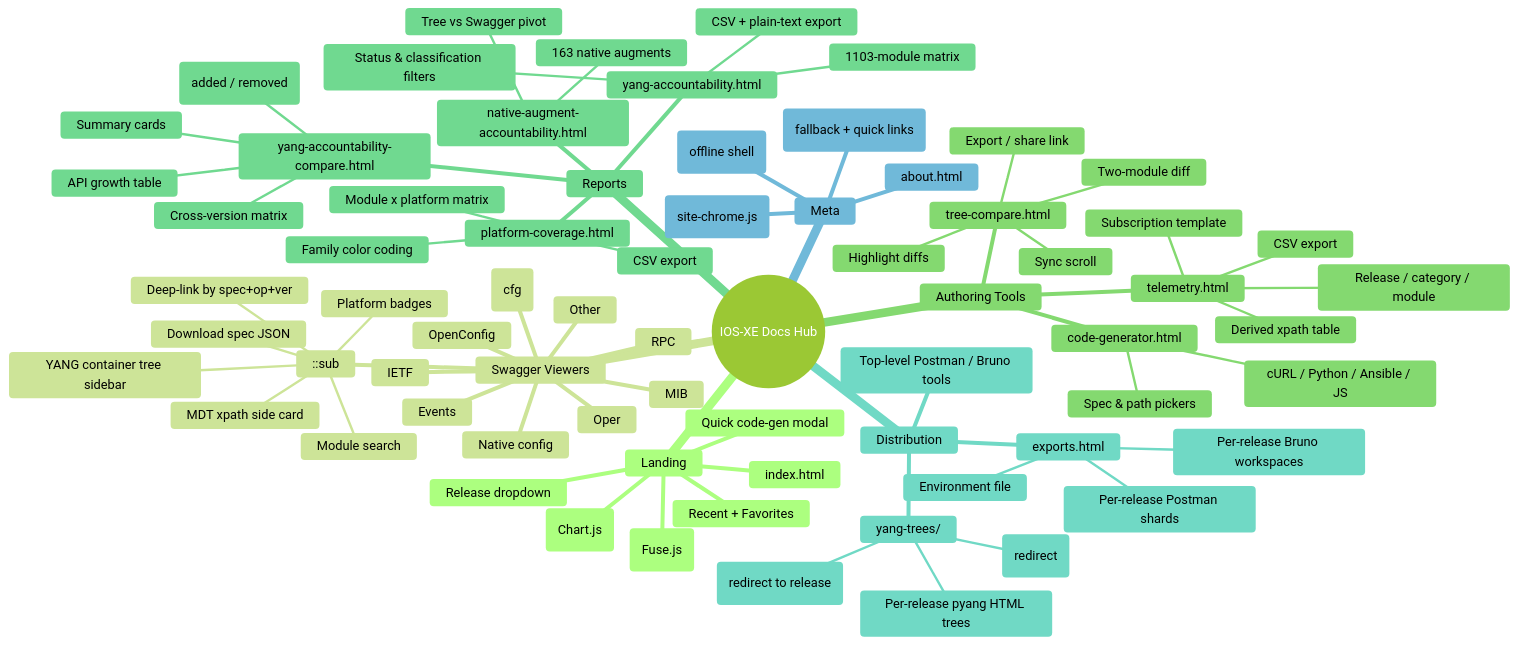
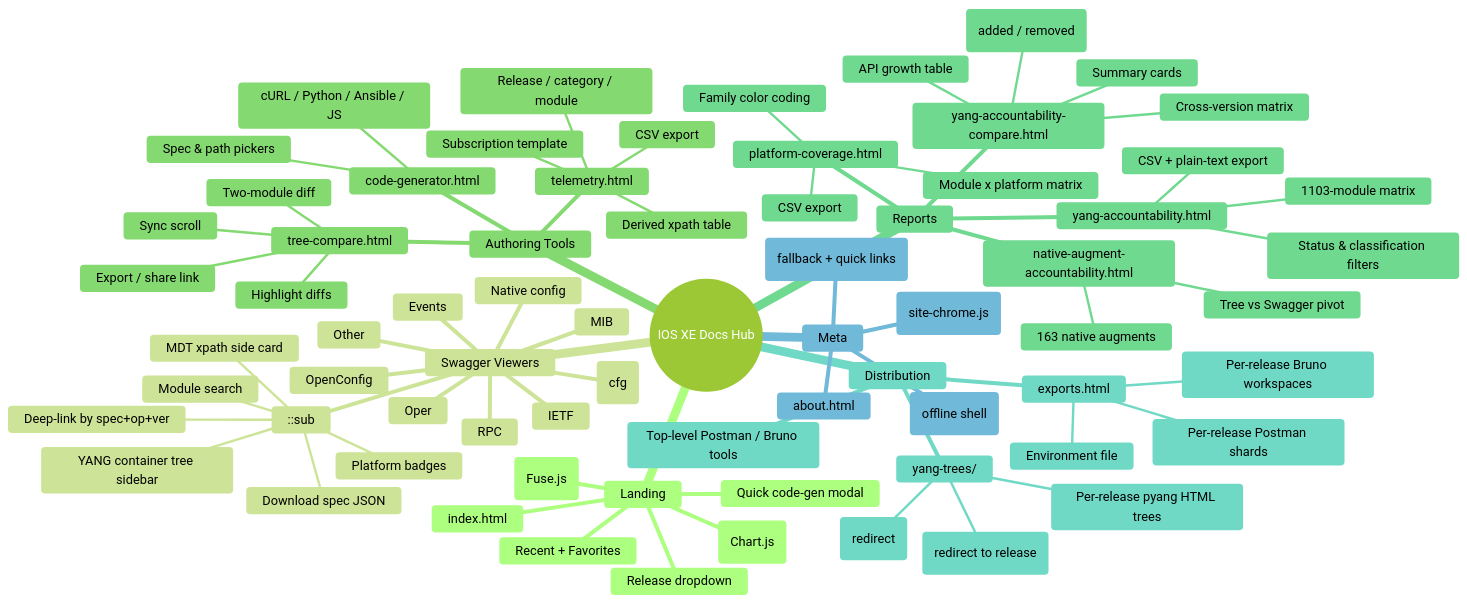
Before and after one commit to CiscoDevNet/cisco-ios-xe-openapi-swagger: the diagram in APP_MAP.md, drawn with Mermaid (forest theme). The commit also changed other lines of this file and 57 other files, not shown here.

````diff
--- a/APP_MAP.md
+++ b/APP_MAP.md
@@ -40,74 +40,74 @@
 ```mermaid
 mindmap
-  root((IOS-XE Docs Hub))
+  root((IOS XE Docs Hub))
     Landing
       index.html
       Universal Search (Fuse.js)
       Stats Dashboard (Chart.js)
       Recent + Favorites
       Quick code-gen modal
       Release dropdown
     Swagger Viewers
       Oper
       Config (cfg)
       Native config
       OpenConfig
       IETF
       MIB
       RPC
       Events
       Other
       ::sub
         YANG container tree sidebar
         Module search
         Download spec JSON
         Platform badges
         MDT xpath side card
         Deep-link by spec+op+ver
     Authoring Tools
       code-generator.html
         cURL / Python / Ansible / JS
         Spec & path pickers
       telemetry.html
         Release / category / module
         Derived xpath table
         Subscription template
         CSV export
       tree-compare.html
         Two-module diff
         Sync scroll
         Highlight diffs
         Export / share link
     Reports
       yang-accountability.html
         1103-module matrix
         Status & classification filters
         CSV + plain-text export
       yang-accountability-compare.html
         Cross-version matrix
         Summary cards
         API growth table
         Deltas (added / removed)
       platform-coverage.html
         Module x platform matrix
         Family color coding
         CSV export
       native-augment-accountability.html
         163 native augments
         Tree vs Swagger pivot
     Distribution
       exports.html
         Per-release Postman shards
         Per-release Bruno workspaces
         Environment file
       Top-level Postman / Bruno tools
       yang-trees/
         index.html (redirect to release)
         mib-trees-index.html (redirect)
         Per-release pyang HTML trees
     Meta
       about.html
       404.html (fallback + quick links)
       Service worker (offline shell)
       Dark mode (site-chrome.js)
 ```
````
